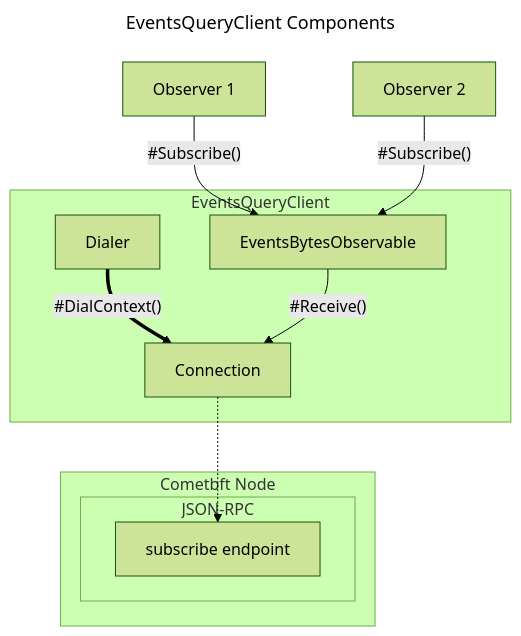
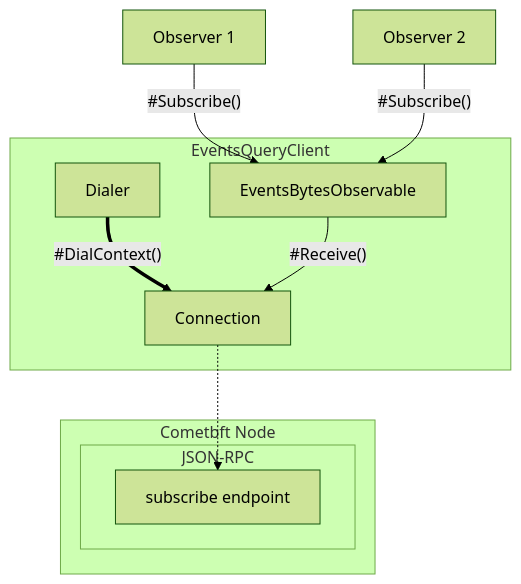
Before and after one commit to pokt-network/poktroll: the second of 4 diagrams in docusaurus/docs/packages/pkg/client/events.md, drawn with Mermaid (forest theme). The commit also changed other lines of this file and 2 other files, not shown here.

Commit message:
docs: consistent diagram formatting/treatment

````diff
--- a/docusaurus/docs/packages/pkg/client/events.md
+++ b/docusaurus/docs/packages/pkg/client/events.md
@@ -80,32 +75,28 @@
 ```mermaid
----
-title: EventsQueryClient Components
----
-
 flowchart
 
   subgraph comet[Cometbft Node]
     subgraph rpc[JSON-RPC]
       sub[subscribe endpoint]
     end
   end
 
   subgraph eqc[EventsQueryClient]
     q1_eb[EventsBytesObservable]
     q1_conn[Connection]
     q1_dial[Dialer]
   end
 
   q1_obsvr1[Observer 1]
   q1_obsvr2[Observer 2]
 
 
   q1_obsvr1 --"#Subscribe()"--> q1_eb
   q1_obsvr2 --"#Subscribe()"--> q1_eb
 
 
   q1_dial =="#DialContext()"==> q1_conn
   q1_eb --"#Receive()"--> q1_conn
 
   q1_conn -.-> sub
 ```
````
